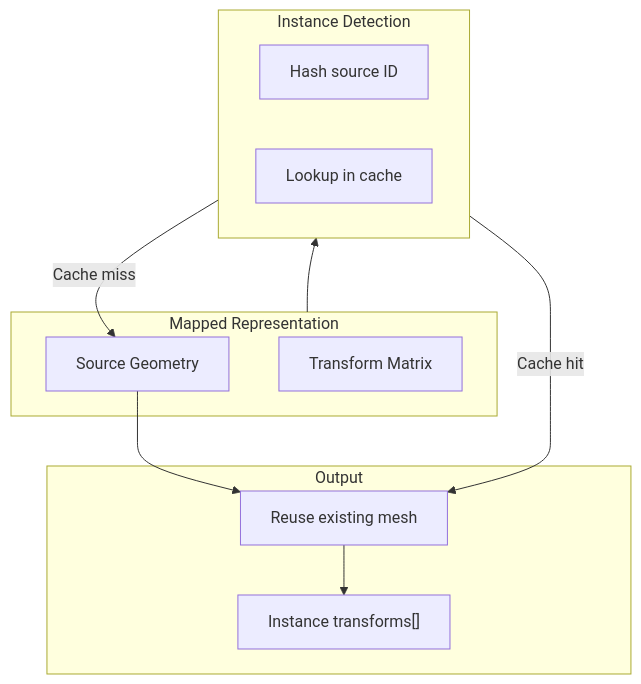
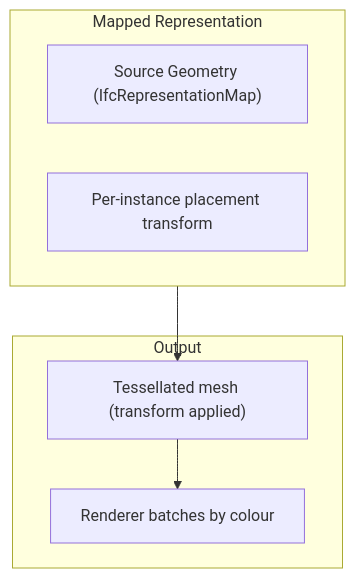
Before and after one commit to LTplus-AG/ifc-lite: diagram 12 of 13 in docs/architecture/geometry-pipeline.md, drawn with Mermaid. The commit also changed other lines of this file and 27 other files, not shown here.

````diff
--- a/docs/architecture/geometry-pipeline.md
+++ b/docs/architecture/geometry-pipeline.md
@@ -413,23 +419,15 @@
 ```mermaid
 flowchart TB
     subgraph Definition["Mapped Representation"]
-        Source["Source Geometry"]
-        Transform["Transform Matrix"]
-    end
-
-    subgraph Detection["Instance Detection"]
-        Hash["Hash source ID"]
-        Lookup["Lookup in cache"]
+        Source["Source Geometry (IfcRepresentationMap)"]
+        Transform["Per-instance placement transform"]
     end
 
     subgraph Output["Output"]
-        Reuse["Reuse existing mesh"]
-        Transforms["Instance transforms[]"]
+        Mesh["Tessellated mesh (transform applied)"]
+        Batch["Renderer batches by colour"]
     end
 
-    Definition --> Detection
-    Detection -->|"Cache hit"| Reuse
-    Detection -->|"Cache miss"| Source
-    Source --> Reuse
-    Reuse --> Transforms
+    Definition --> Mesh
+    Mesh --> Batch
 ```
````
